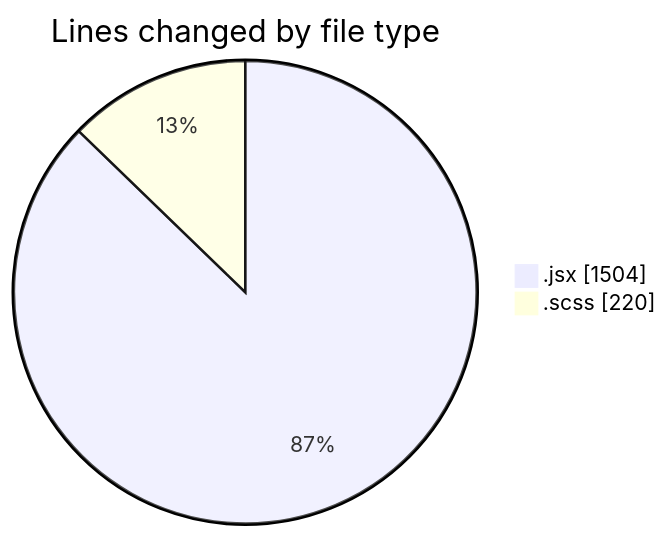
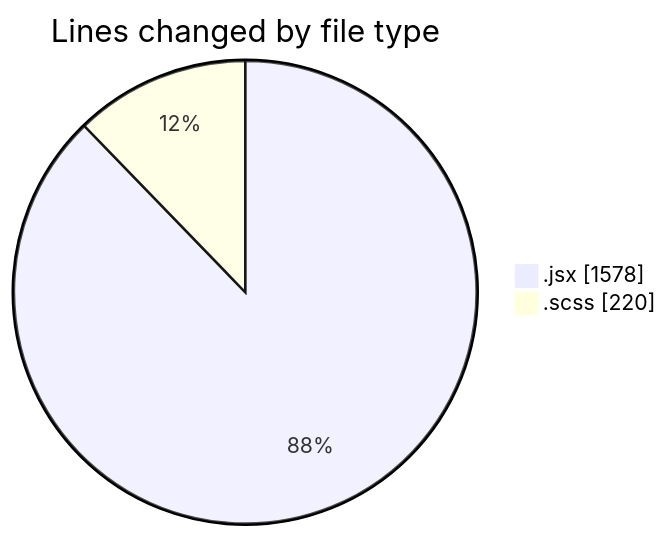
One commit to momahboobian/code-tracking changed the first of 2 diagrams in 2026-09-02/cda/README.md. Above: the diagram before and after it, drawn with Mermaid. The commit also changed other lines of this file and 1 other file, not shown here.

````diff
--- a/2026-09-02/cda/README.md
+++ b/2026-09-02/cda/README.md
@@ -26,6 +27,6 @@
 ```mermaid
 pie showData
 title Lines changed by file type
-".jsx" : 1504
+".jsx" : 1578
 ".scss" : 220
 ```
````
